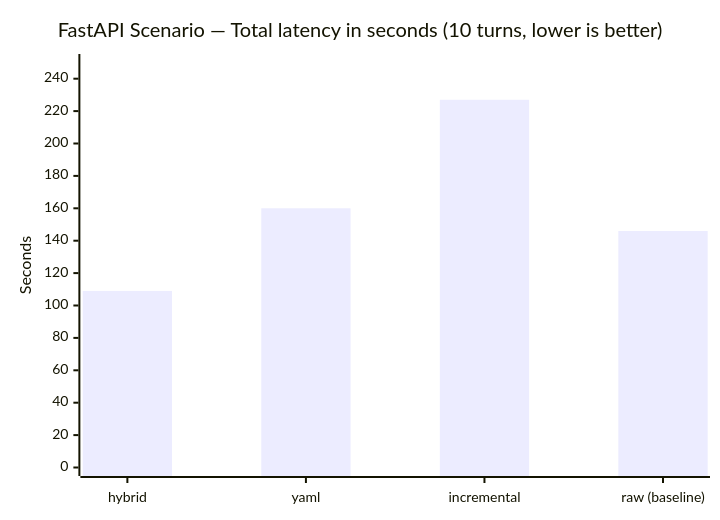
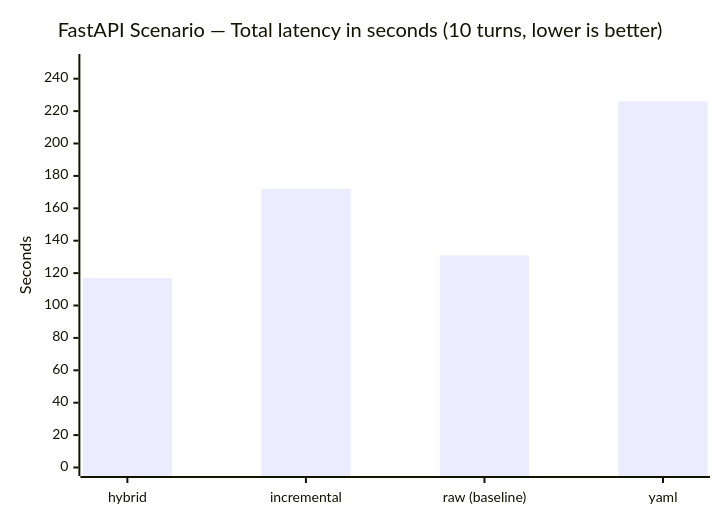
Before and after one commit to gincarbone/shapeshifter: the third of 4 diagrams in README.md, drawn with Mermaid. The commit also changed other lines of this file and 15 other files, not shown here.

````diff
--- a/README.md
+++ b/README.md
@@ -309,7 +349,7 @@
 ```mermaid
 xychart-beta
     title "FastAPI Scenario — Total latency in seconds (10 turns, lower is better)"
-    x-axis ["hybrid", "yaml", "incremental", "raw (baseline)"]
+    x-axis ["hybrid", "incremental", "raw (baseline)", "yaml"]
     y-axis "Seconds" 0 --> 250
-    bar [109, 160, 227, 146]
+    bar [117, 172, 131, 226]
 ```
````
